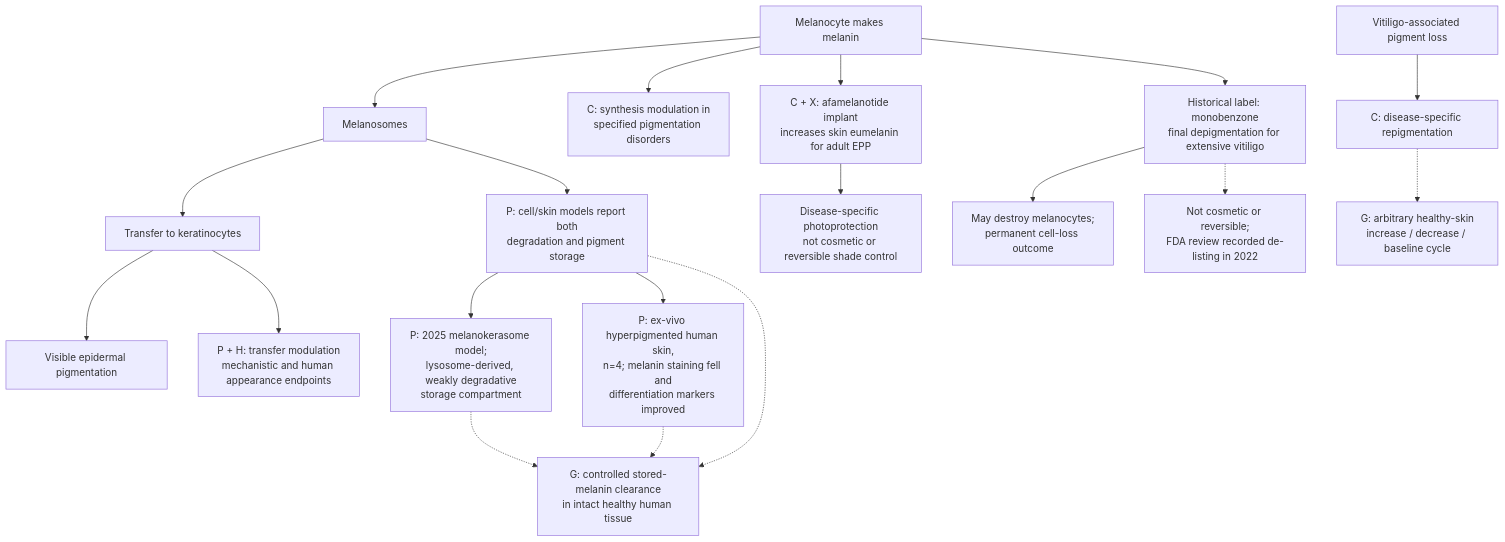
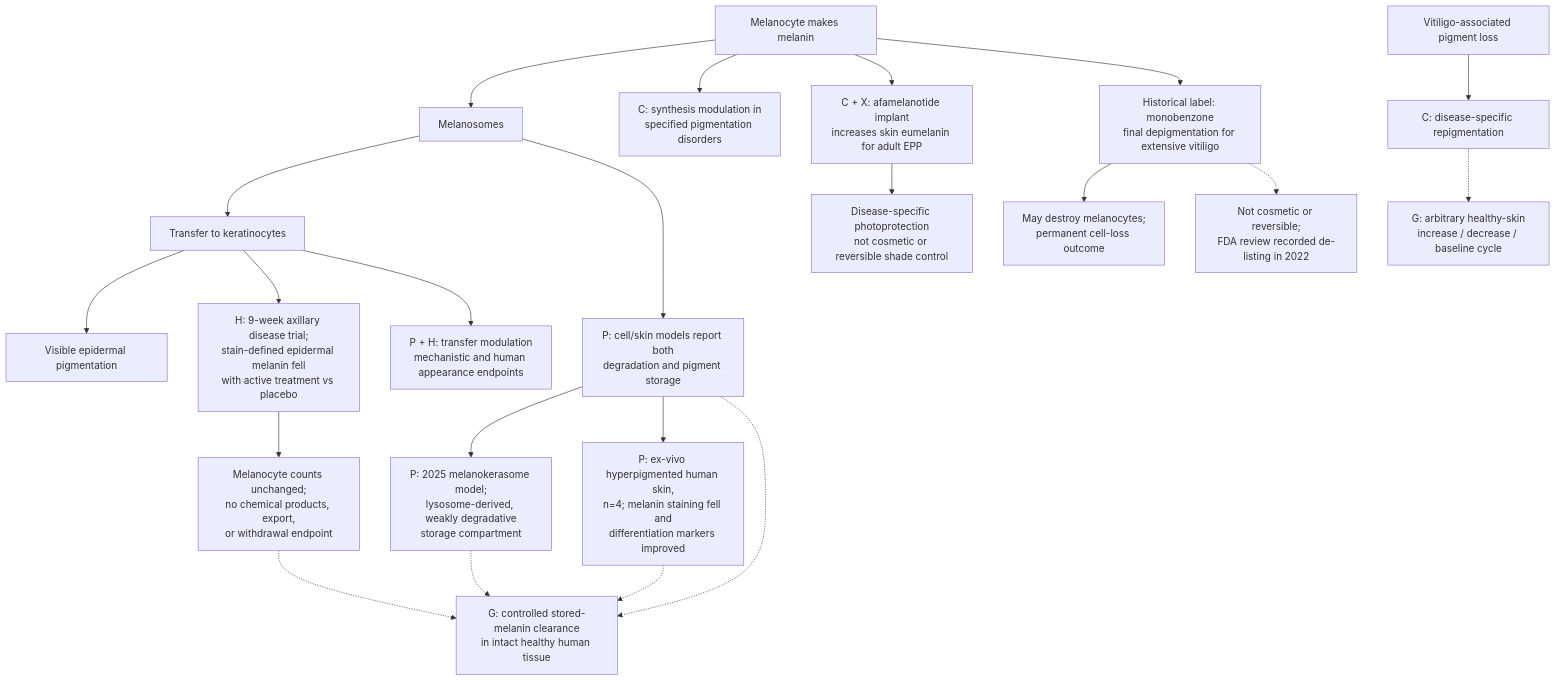
One commit to dylanstechmann/iris-color-without-contacts changed the seventh of 42 diagrams in research/tissue-pigment-atlas.md. Above: the diagram before and after it, drawn with Mermaid. The commit also changed other lines of this file, not shown here.

````diff
--- a/research/tissue-pigment-atlas.md
+++ b/research/tissue-pigment-atlas.md
@@ -206,21 +206,24 @@
 ```mermaid
 flowchart TD
     M["Melanocyte makes melanin"] --> O["Melanosomes"]
     O --> K["Transfer to keratinocytes"]
     K --> V["Visible epidermal pigmentation"]
+    K --> H["H: 9-week axillary disease trial;<br/>stain-defined epidermal melanin fell<br/>with active treatment vs placebo"]
+    H --> H2["Melanocyte counts unchanged;<br/>no chemical products, export,<br/>or withdrawal endpoint"]
+    H2 -.-> R
     M --> C["C: synthesis modulation in<br/>specified pigmentation disorders"]
     M --> E["C + X: afamelanotide implant<br/>increases skin eumelanin for adult EPP"]
     E --> E2["Disease-specific photoprotection<br/>not cosmetic or reversible shade control"]
     M --> Z["Historical label: monobenzone<br/>final depigmentation for extensive vitiligo"]
     Z --> Z1["May destroy melanocytes;<br/>permanent cell-loss outcome"]
     Z -.-> Z2["Not cosmetic or reversible;<br/>FDA review recorded de-listing in 2022"]
     K --> T["P + H: transfer modulation<br/>mechanistic and human appearance endpoints"]
     O --> P["P: cell/skin models report both<br/>degradation and pigment storage"]
     P --> PS["P: 2025 melanokerasome model;<br/>lysosome-derived, weakly degradative<br/>storage compartment"]
     PS -.-> R
     P --> P2["P: ex-vivo hyperpigmented human skin,<br/>n=4; melanin staining fell and<br/>differentiation markers improved"]
     P -.-> R["G: controlled stored-melanin clearance<br/>in intact healthy human tissue"]
     P2 -.-> R
     D["Vitiligo-associated pigment loss"] --> I["C: disease-specific repigmentation"]
     I -.-> W["G: arbitrary healthy-skin<br/>increase / decrease / baseline cycle"]
 ```
````
